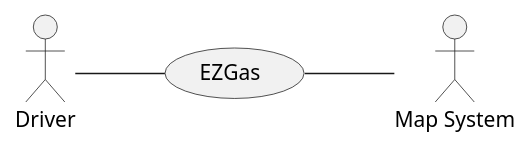
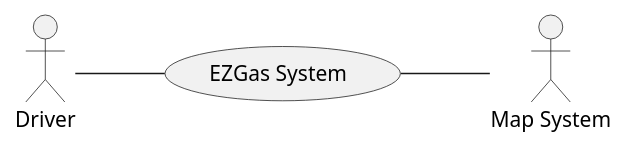
The diagram in context_diagram.puml (alericciuto/SELabs), drawn with PlantUML before and after one commit.

```diff
--- a/context_diagram.puml
+++ b/context_diagram.puml
@@ -1,7 +1,7 @@
 @startuml
   left to right direction
   actor Driver as a
   actor "Map System" as ms
-  a -- ( EZGas )
-  ( EZGas ) -- ms
+  a -- ( EZGas System )
+  ( EZGas System ) -- ms
 @enduml
```
